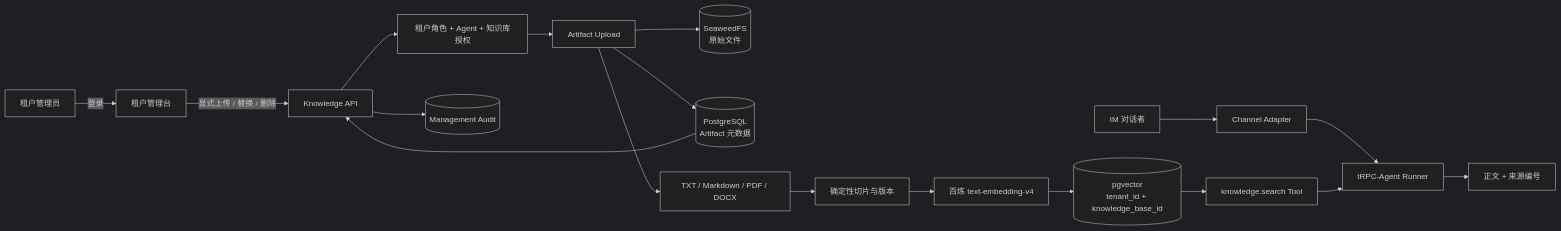
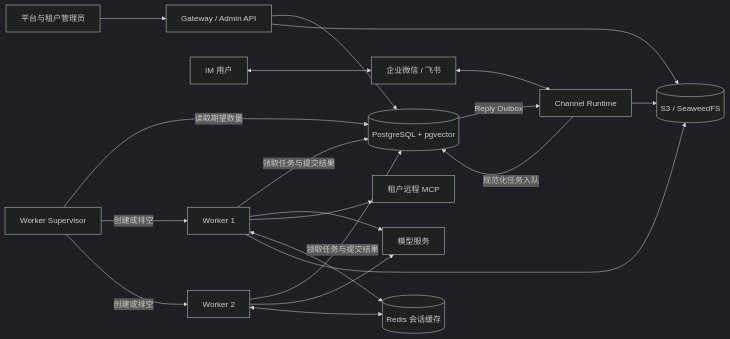
The diagram in docs/架构.md (Eternally72/trpc-agent-service), drawn with Mermaid (dark theme) before and after one commit. The commit also changed other lines of this file and 38 other files, not shown here.

````diff
--- a/docs/架构.md
+++ b/docs/架构.md
@@ -162,20 +18,22 @@
 ```mermaid
 flowchart LR
-    ADMIN[租户管理员] -->|登录| WEB[租户管理台]
-    WEB -->|显式上传 / 替换 / 删除| API[Knowledge API]
-    API --> AUTH[租户角色 + Agent + 知识库授权]
-    AUTH --> UPLOAD[Artifact Upload]
-    UPLOAD --> OBJECT[(SeaweedFS<br/>原始文件)]
-    UPLOAD --> META[(PostgreSQL<br/>Artifact 元数据)]
-    UPLOAD --> PARSE[TXT / Markdown / PDF / DOCX]
-    PARSE --> CHUNK[确定性切片与版本]
-    CHUNK --> EMBED[百炼 text-embedding-v4]
-    EMBED --> VECTOR[(pgvector<br/>tenant_id + knowledge_base_id)]
-    META --> API
-    USER[IM 对话者] --> IM[Channel Adapter]
-    IM --> RUNNER[tRPC-Agent Runner]
-    VECTOR --> RETRIEVE[knowledge.search Tool]
-    RETRIEVE --> RUNNER
-    RUNNER --> RESULT[正文 + 来源编号]
-    API --> AUDIT[(Management Audit)]
+    Admin[平台与租户管理员] --> Gateway[Gateway / Admin API]
+    User[IM 用户] <--> Provider[企业微信 / 飞书]
+    Provider <--> Channel[Channel Runtime]
+    Gateway --> PG[(PostgreSQL + pgvector)]
+    Channel -->|规范化任务入队| PG
+    Supervisor[Worker Supervisor] -->|读取期望数量| PG
+    Supervisor -->|创建或排空| W1[Worker 1]
+    Supervisor -->|创建或排空| W2[Worker 2]
+    W1 -->|领取任务与提交结果| PG
+    W2 -->|领取任务与提交结果| PG
+    PG -->|Reply Outbox| Channel
+    W1 --> LLM[模型服务]
+    W2 --> LLM
+    W1 --> MCP[租户远程 MCP]
+    W1 <--> Redis[(Redis 会话缓存)]
+    W2 <--> Redis
+    Gateway --> Objects[(S3 / SeaweedFS)]
+    Channel --> Objects
+    W1 --> Objects
 ```
````
